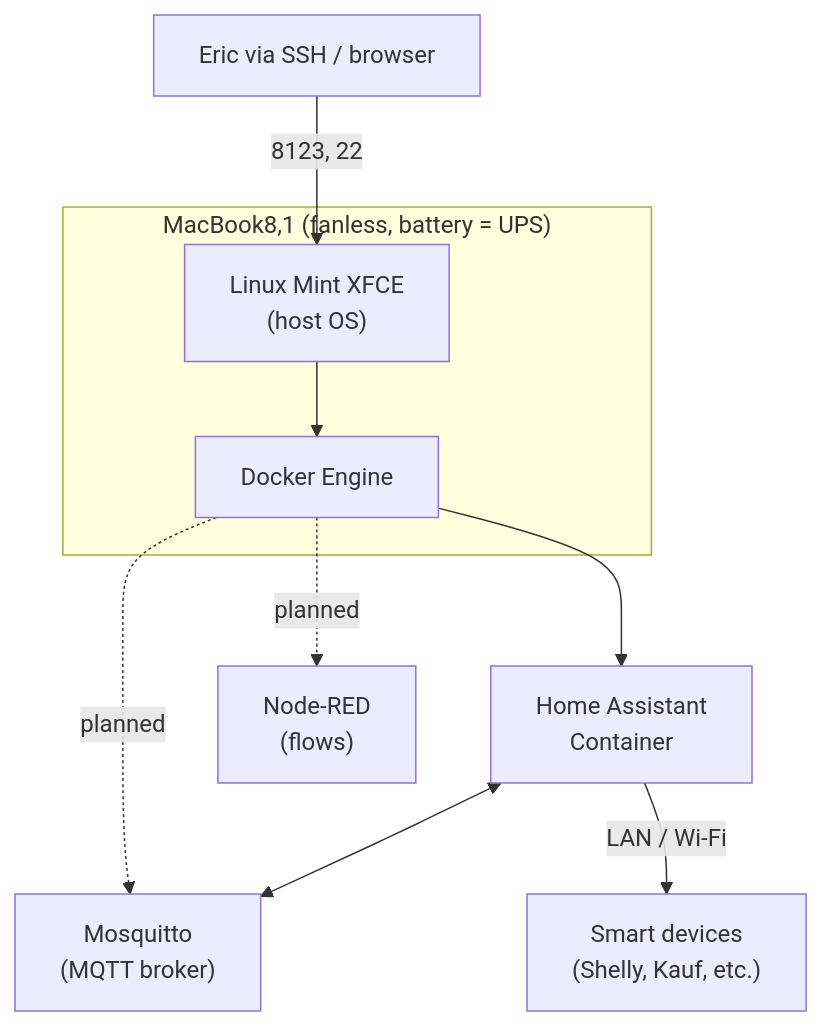
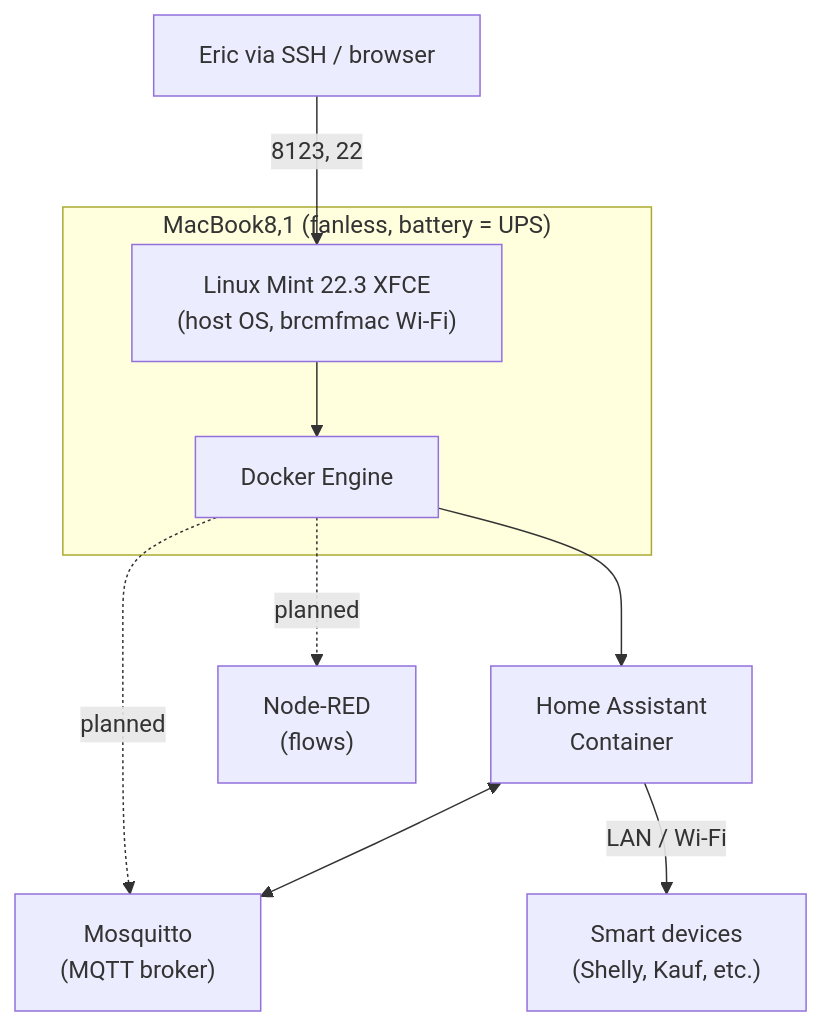
The diagram in README.md (esanacore/macbook-home-hub), drawn with Mermaid before and after one commit. The commit also changed other lines of this file and 19 other files, not shown here.

````diff
--- a/README.md
+++ b/README.md
@@ -69,14 +81,14 @@
 ```mermaid
 flowchart TD
     subgraph HW["MacBook8,1 (fanless, battery = UPS)"]
-        OS["Linux Mint XFCE\n(host OS)"]
+        OS["Linux Mint 22.3 XFCE\n(host OS, brcmfmac Wi-Fi)"]
         DOCKER["Docker Engine"]
         OS --> DOCKER
     end
     DOCKER --> HA["Home Assistant\nContainer"]
     DOCKER -. planned .-> MQTT["Mosquitto\n(MQTT broker)"]
     DOCKER -. planned .-> NR["Node-RED\n(flows)"]
     HA <--> MQTT
     HA -->|LAN / Wi-Fi| DEVICES["Smart devices\n(Shelly, Kauf, etc.)"]
     ADMIN["Eric via SSH / browser"] -->|8123, 22| OS
 ```
````
